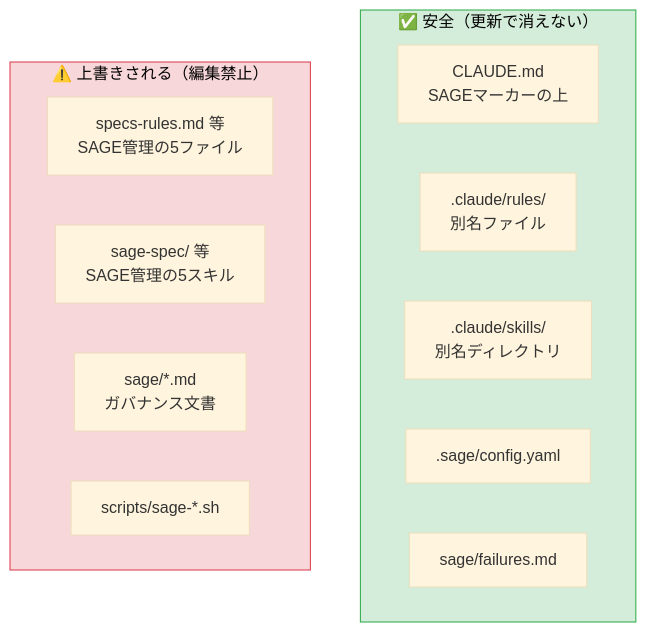
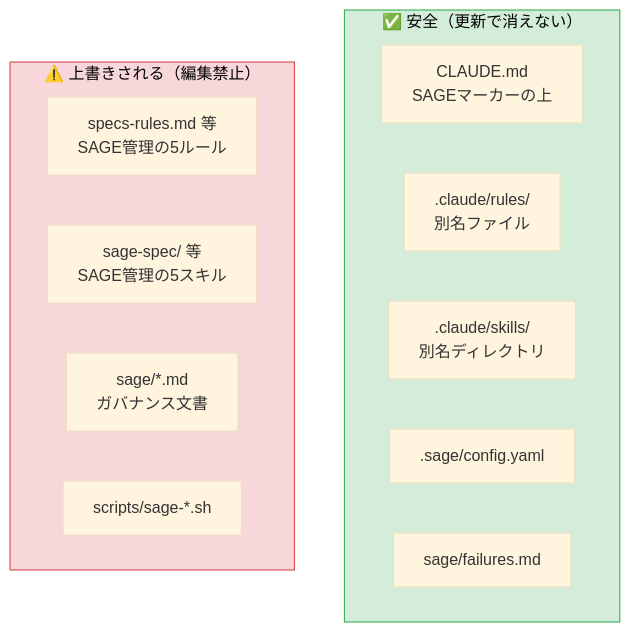
Before and after one commit to heidayo/sage-ai-template: the sixth of 9 diagrams in README.md, drawn with Mermaid (base theme). The commit also changed other lines of this file and 61 other files, not shown here.

````diff
--- a/README.md
+++ b/README.md
@@ -295,20 +295,20 @@
 ```mermaid
 graph TD
     subgraph SAFE["✅ 安全（更新で消えない）"]
         A["CLAUDE.md<br/>SAGEマーカーの上"]
         B[".claude/rules/<br/>別名ファイル"]
         C[".claude/skills/<br/>別名ディレクトリ"]
         D[".sage/config.yaml"]
         E["sage/failures.md"]
     end
 
     subgraph DANGER["⚠️ 上書きされる（編集禁止）"]
-        F["specs-rules.md 等<br/>SAGE管理の5ファイル"]
+        F["specs-rules.md 等<br/>SAGE管理の5ルール"]
         G["sage-spec/ 等<br/>SAGE管理の5スキル"]
         H["sage/*.md<br/>ガバナンス文書"]
         I["scripts/sage-*.sh"]
     end
 
     style SAFE fill:#d4edda,stroke:#28a745,color:#000
     style DANGER fill:#f8d7da,stroke:#dc3545,color:#000
 ```
````
